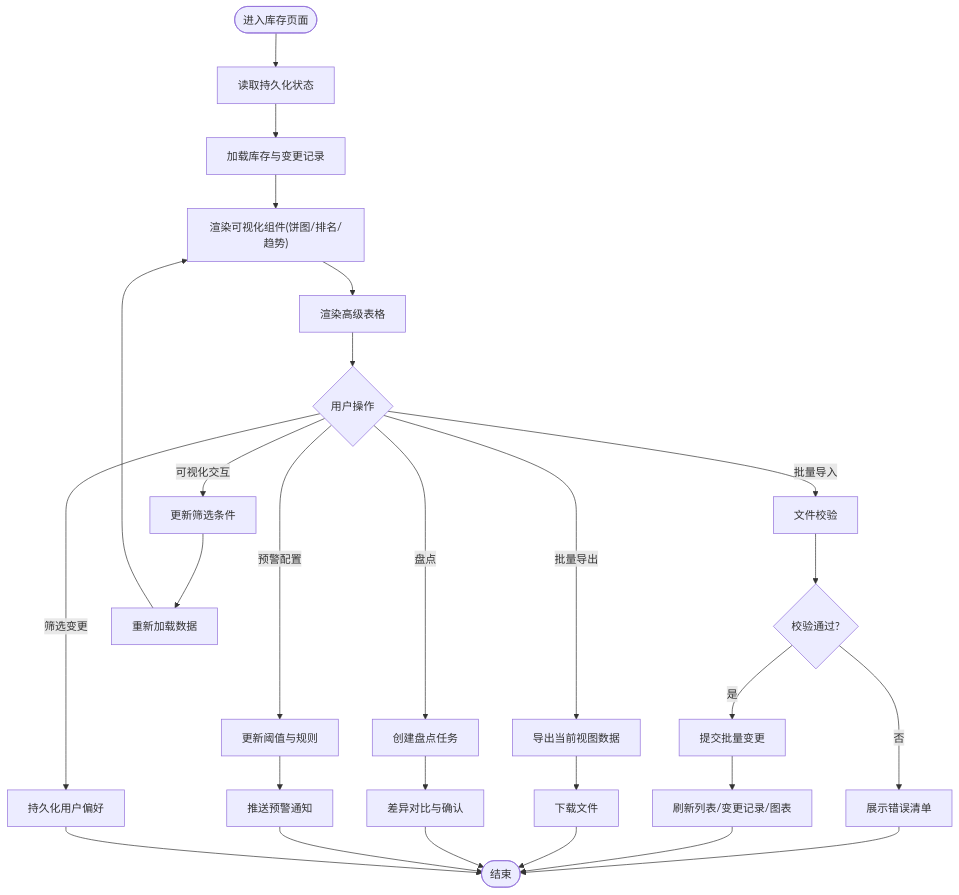
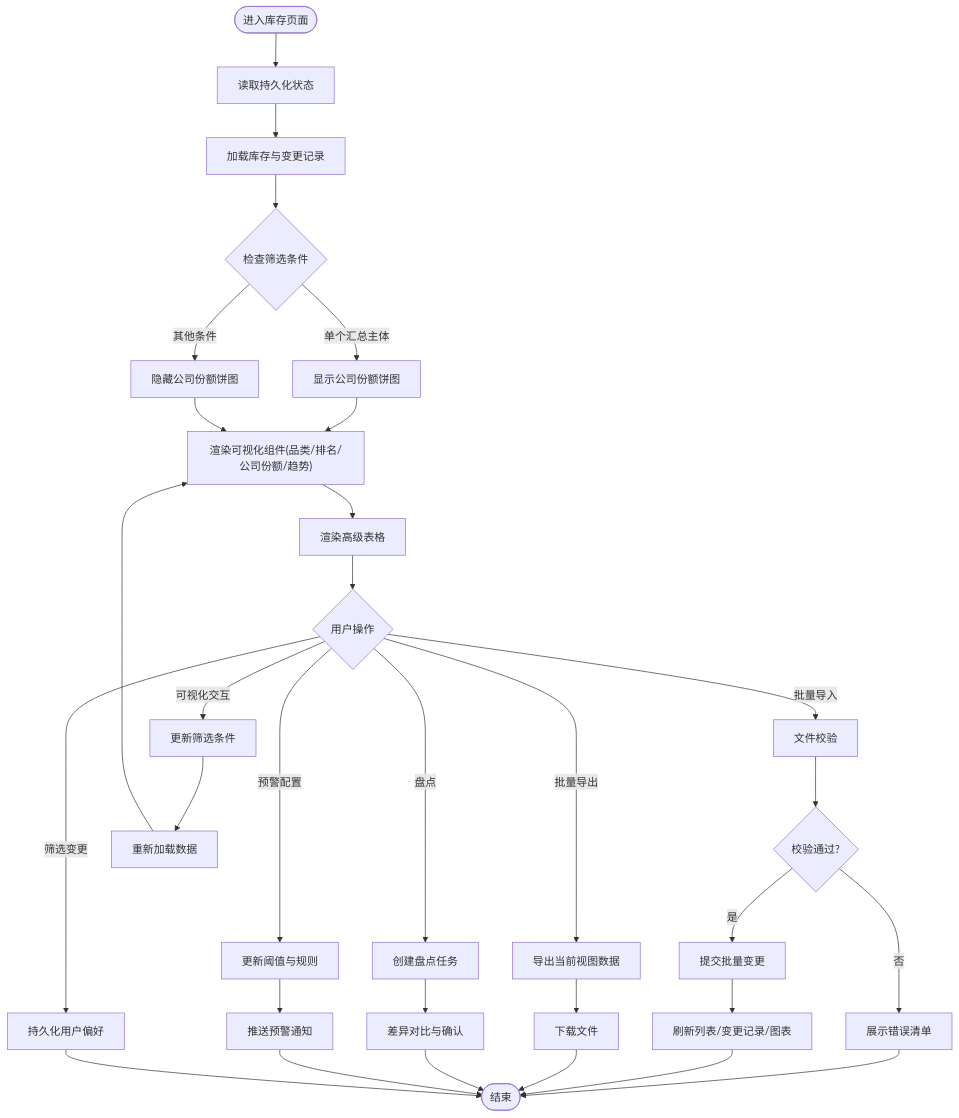
One commit to Damao997/newproject changed the third of 13 diagrams in .qoder/repowiki/zh/content/页面组件/库存管理页面.md. Above: the diagram before and after it, drawn with Mermaid. The commit also changed other lines of this file and 57 other files, not shown here.

````diff
--- a/.qoder/repowiki/zh/content/页面组件/库存管理页面.md
+++ b/.qoder/repowiki/zh/content/页面组件/库存管理页面.md
@@ -188,29 +196,33 @@
 ```mermaid
 flowchart TD
 Start(["进入库存页面"]) --> LoadPersisted["读取持久化状态"]
 LoadPersisted --> LoadData["加载库存与变更记录"]
-LoadData --> RenderCharts["渲染可视化组件(饼图/排名/趋势)"]
+LoadData --> CheckCondition{"检查筛选条件"}
+CheckCondition --> |单个汇总主体| ShowCompanyShare["显示公司份额饼图"]
+CheckCondition --> |其他条件| HideCompanyShare["隐藏公司份额饼图"]
+ShowCompanyShare --> RenderCharts["渲染可视化组件(品类/排名/公司份额/趋势)"]
+HideCompanyShare --> RenderCharts
 RenderCharts --> RenderTable["渲染高级表格"]
 RenderTable --> UserAction{"用户操作"}
 UserAction --> |可视化交互| UpdateFilters["更新筛选条件"]
 UserAction --> |批量导入| ValidateFile["文件校验"]
 ValidateFile --> ImportOK{"校验通过?"}
 ImportOK --> |否| ShowErrors["展示错误清单"]
 ImportOK --> |是| SubmitBatch["提交批量变更"]
 UserAction --> |批量导出| ExportData["导出当前视图数据"]
 UserAction --> |盘点| CreateTask["创建盘点任务"]
 UserAction --> |预警配置| UpdateRules["更新阈值与规则"]
 UserAction --> |筛选变更| PersistState["持久化用户偏好"]
 SubmitBatch --> Refresh["刷新列表/变更记录/图表"]
 ExportData --> Download["下载文件"]
 CreateTask --> CompareDiff["差异对比与确认"]
 UpdateRules --> Notify["推送预警通知"]
 UpdateFilters --> ReloadData["重新加载数据"]
 ShowErrors --> End(["结束"])
 Refresh --> End
 Download --> End
 CompareDiff --> End
 Notify --> End
 ReloadData --> RenderCharts
 PersistState --> End
 ```
````
